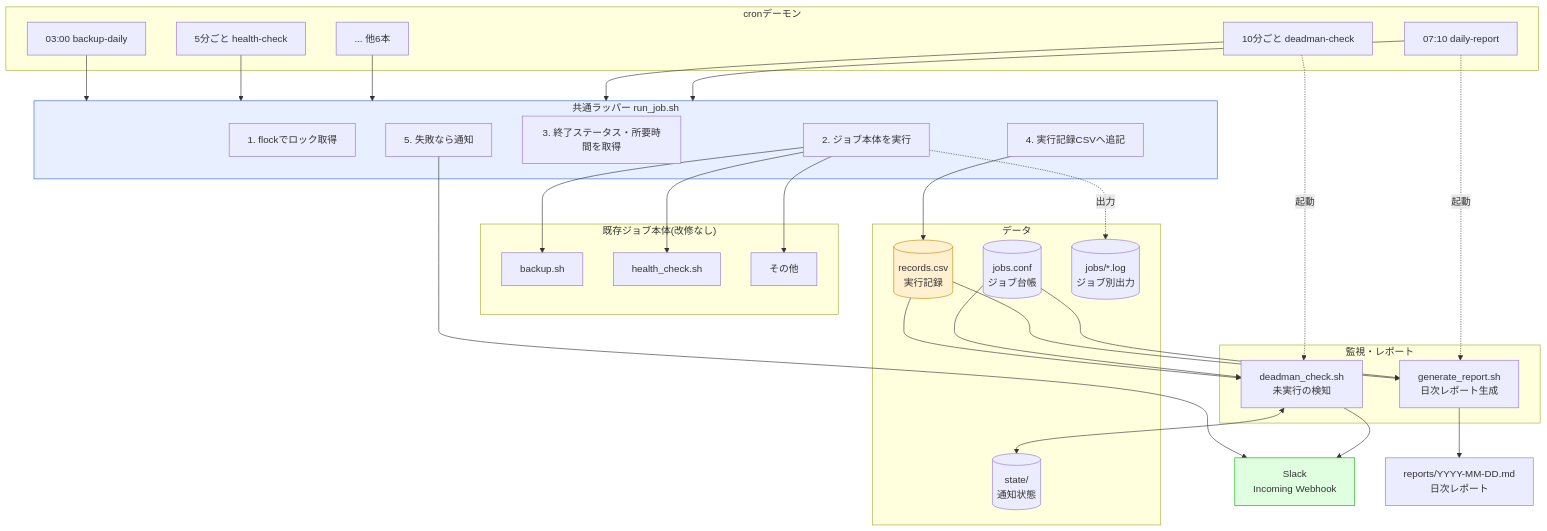
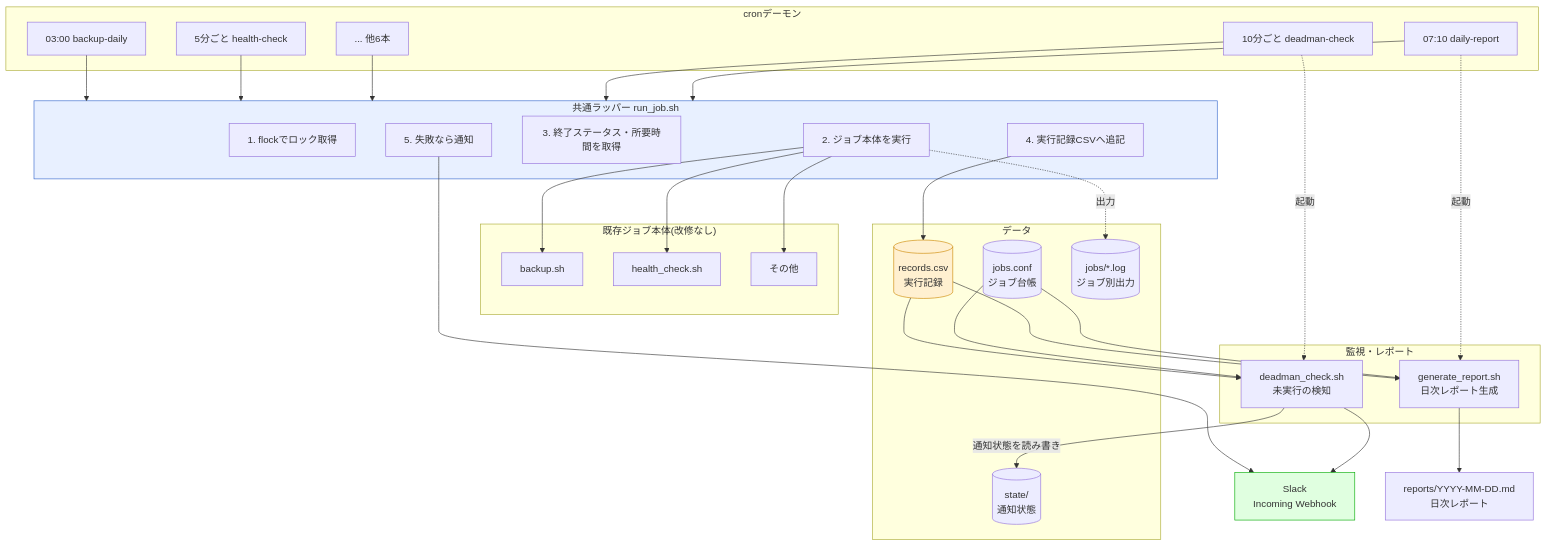
One commit to ns7jp/automation changed the first of 4 diagrams in improvements/04-cron-job-observability/03-design.md. Above: the diagram before and after it, drawn with Mermaid. The commit also changed other lines of this file and 11 other files, not shown here.

````diff
--- a/improvements/04-cron-job-observability/03-design.md
+++ b/improvements/04-cron-job-observability/03-design.md
@@ -23,65 +23,65 @@
 ```mermaid
 flowchart TD
     subgraph cron["cronデーモン"]
         C1["03:00 backup-daily"]
         C2["5分ごと health-check"]
         C3["... 他6本"]
         C4["10分ごと deadman-check"]
         C5["07:10 daily-report"]
     end
 
     subgraph wrapper["共通ラッパー run_job.sh"]
         W1["1. flockでロック取得"]
         W2["2. ジョブ本体を実行"]
         W3["3. 終了ステータス・所要時間を取得"]
         W4["4. 実行記録CSVへ追記"]
         W5["5. 失敗なら通知"]
     end
 
     subgraph jobs["既存ジョブ本体(改修なし)"]
         J1["backup.sh"]
         J2["health_check.sh"]
         J3["その他"]
     end
 
     subgraph data["データ"]
         D1[("records.csv<br/>実行記録")]
         D2[("jobs.conf<br/>ジョブ台帳")]
         D3[("jobs/*.log<br/>ジョブ別出力")]
         D4[("state/<br/>通知状態")]
     end
 
     subgraph watch["監視・レポート"]
         M1["deadman_check.sh<br/>未実行の検知"]
         M2["generate_report.sh<br/>日次レポート生成"]
     end
 
     C1 --> wrapper
     C2 --> wrapper
     C3 --> wrapper
     C4 --> wrapper
     C5 --> wrapper
 
     W2 --> J1
     W2 --> J2
     W2 --> J3
-    W2 -.出力.-> D3
+    W2 -. 出力 .-> D3
     W4 --> D1
     W5 --> SLACK["Slack<br/>Incoming Webhook"]
 
-    C4 -.起動.-> M1
-    C5 -.起動.-> M2
+    C4 -. 起動 .-> M1
+    C5 -. 起動 .-> M2
 
     D1 --> M1
     D2 --> M1
-    M1 <--> D4
+    M1 -->|"通知状態を読み書き"| D4
     M1 --> SLACK
 
     D1 --> M2
     D2 --> M2
     M2 --> R["reports/YYYY-MM-DD.md<br/>日次レポート"]
 
     style wrapper fill:#e8f0ff,stroke:#36c
     style D1 fill:#fff0d0,stroke:#c80
     style SLACK fill:#e0ffe0,stroke:#0a0
 ```
````
